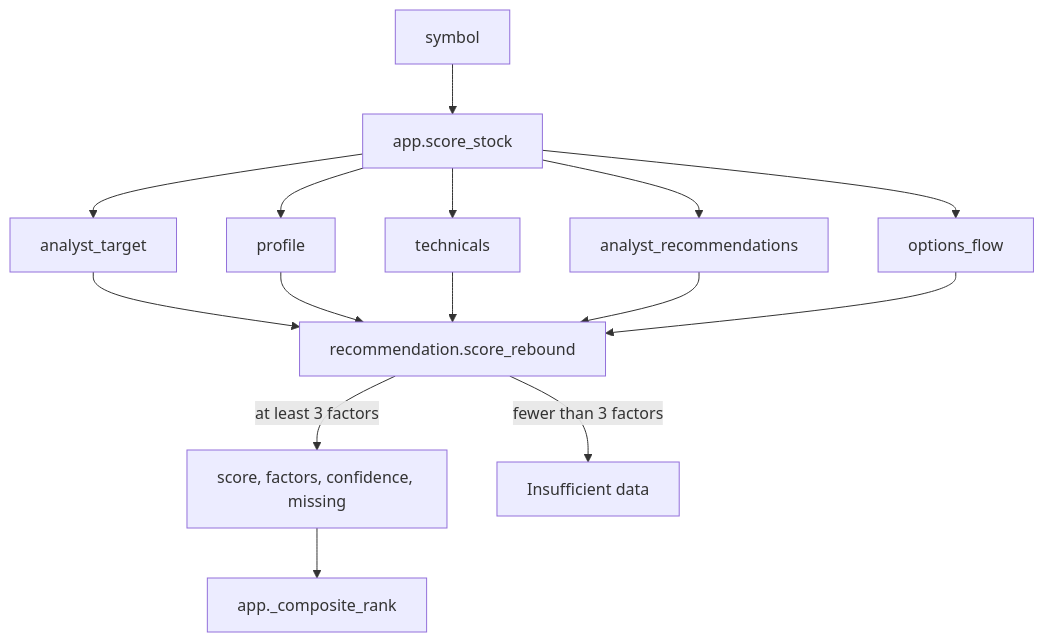
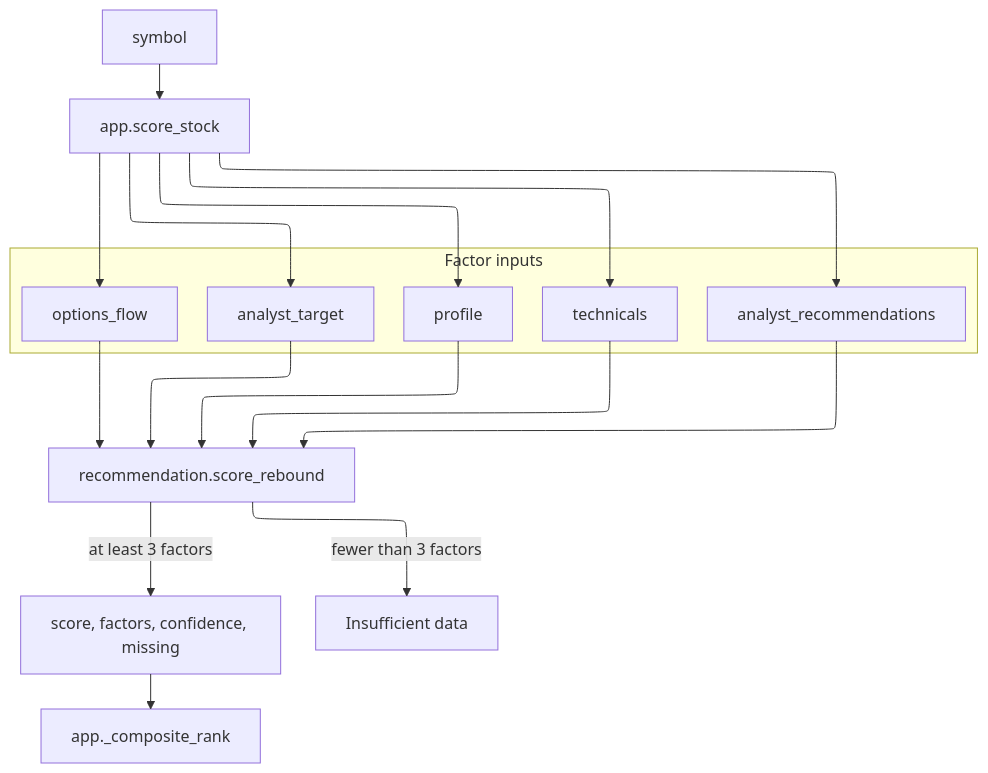
One commit to repbyrepdev/yahoo_losers_webapp changed the diagram in openwiki/scoring/rebound-score.md. Above: the diagram before and after it, drawn with Mermaid. The commit also changed 6 other files, not shown here.

First line of the commit message:
Diagram sweep: ELK + structural subgraphs across all seven flowcharts (#94)

````diff
--- a/openwiki/scoring/rebound-score.md
+++ b/openwiki/scoring/rebound-score.md
@@ -29,17 +29,25 @@
 ```mermaid
+%%{init: {"flowchart": {"defaultRenderer": "elk"}}}%%
 flowchart TD
-    Symbol["symbol"] --> Inputs["app.score_stock"]
-    Inputs --> Target["analyst_target"]
-    Inputs --> Profile["profile"]
-    Inputs --> Tech["technicals"]
-    Inputs --> Ratings["analyst_recommendations"]
-    Inputs --> Options["options_flow"]
-    Target --> Rebound["recommendation.score_rebound"]
-    Profile --> Rebound
-    Tech --> Rebound
-    Ratings --> Rebound
-    Options --> Rebound
-    Rebound -->|at least 3 factors| Score["score, factors, confidence, missing"]
-    Rebound -->|fewer than 3 factors| NoScore["Insufficient data"]
-    Score --> Composite["app._composite_rank"]
+  Symbol["symbol"] --> Inputs["app.score_stock"]
+  subgraph Factors["Factor inputs"]
+    Target["analyst_target"]
+    Profile["profile"]
+    Tech["technicals"]
+    Ratings["analyst_recommendations"]
+    Options["options_flow"]
+  end
+  Inputs --> Target
+  Inputs --> Profile
+  Inputs --> Tech
+  Inputs --> Ratings
+  Inputs --> Options
+  Target --> Rebound["recommendation.score_rebound"]
+  Profile --> Rebound
+  Tech --> Rebound
+  Ratings --> Rebound
+  Options --> Rebound
+  Rebound -->|at least 3 factors| Score["score, factors, confidence, missing"]
+  Rebound -->|fewer than 3 factors| NoScore["Insufficient data"]
+  Score --> Composite["app._composite_rank"]
 ```
````
